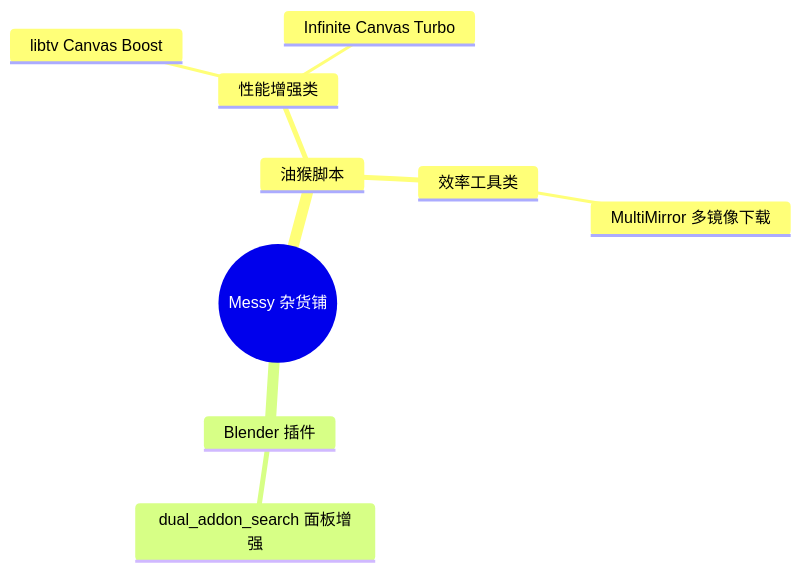
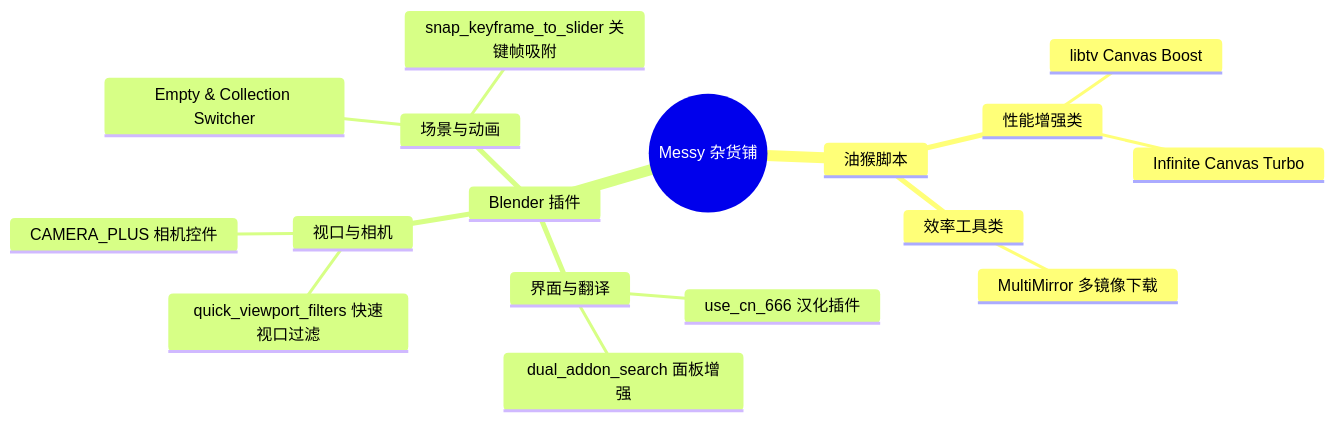
Before and after one commit to lonely814/Messy: the diagram in README.md, drawn with Mermaid. The commit also changed other lines of this file, not shown here.

````diff
--- a/README.md
+++ b/README.md
@@ -11,12 +11,20 @@
 ```mermaid
 mindmap
   root((Messy 杂货铺))
     油猴脚本
       性能增强类
         libtv Canvas Boost
         Infinite Canvas Turbo
       效率工具类
         MultiMirror 多镜像下载
     Blender 插件
-      dual_addon_search 面板增强
+      界面与翻译
+        dual_addon_search 面板增强
+        use_cn_666 汉化插件
+      视口与相机
+        quick_viewport_filters 快速视口过滤
+        CAMERA_PLUS 相机控件
+      场景与动画
+        Empty & Collection Switcher
+        snap_keyframe_to_slider 关键帧吸附
 ```
````
